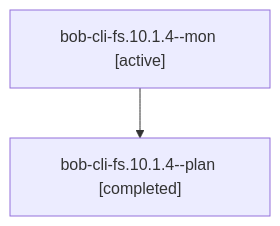
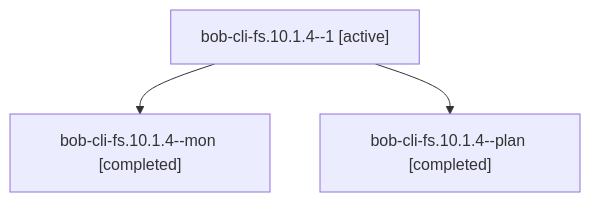
One commit to bobs-org/bob-cli--agents changed the diagram in sessions/bbugyi200.athena.bob-cli-fs.10.1.4.md. Above: the diagram before and after it, drawn with Mermaid. The commit also changed other lines of this file and 113 other files, not shown here.

````diff
--- a/sessions/bbugyi200.athena.bob-cli-fs.10.1.4.md
+++ b/sessions/bbugyi200.athena.bob-cli-fs.10.1.4.md
@@ -9,6 +9,8 @@
 ```mermaid
 flowchart TD
-  n0["bob-cli-fs.10.1.4--mon [active]"]
-  n1["bob-cli-fs.10.1.4--plan [completed]"]
+  n0["bob-cli-fs.10.1.4--1 [active]"]
+  n1["bob-cli-fs.10.1.4--mon [completed]"]
   n0 --> n1
+  n2["bob-cli-fs.10.1.4--plan [completed]"]
+  n0 --> n2
 ```
````
